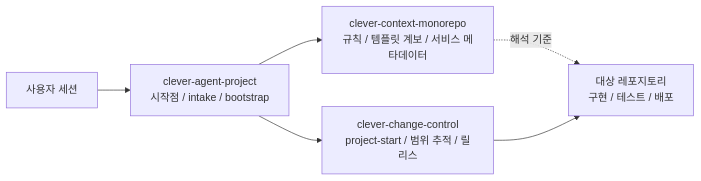
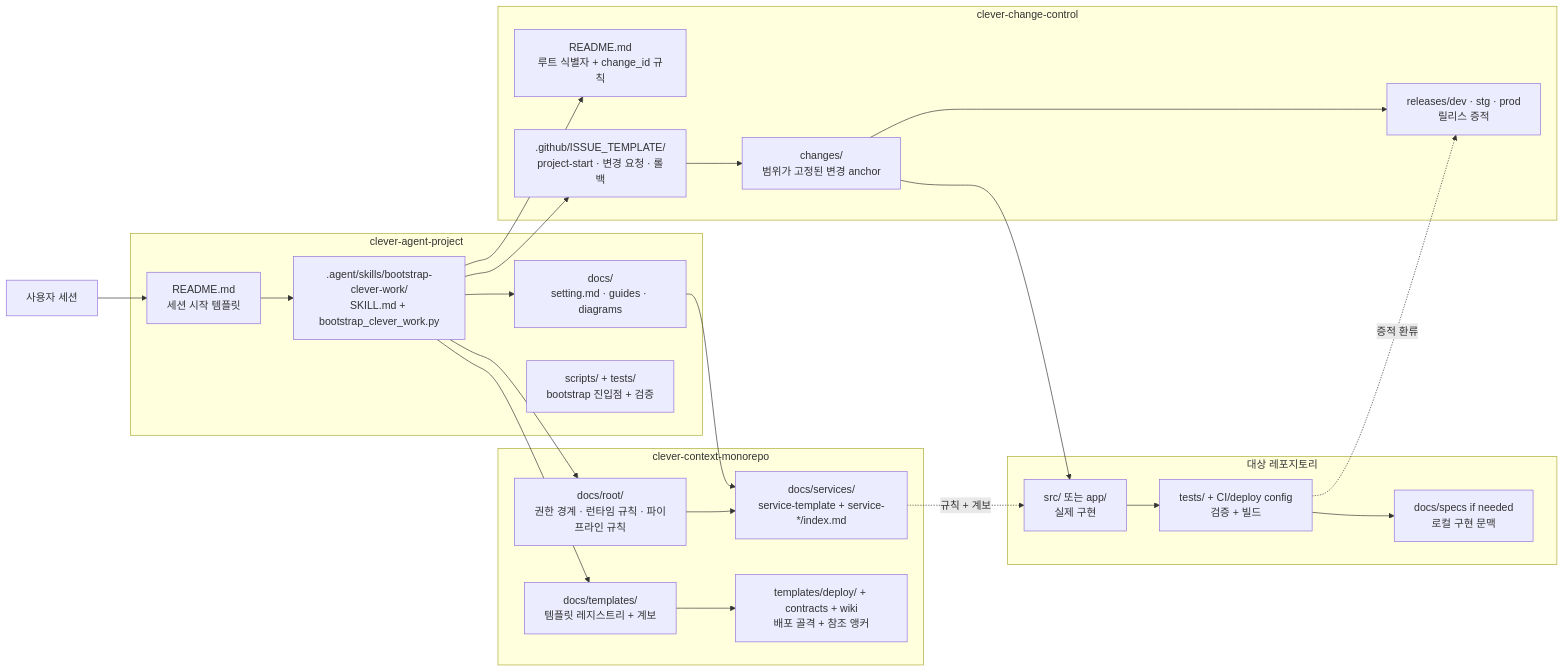
Before and after one commit to EVNSolution/clever-agent-project: the first of 3 diagrams in README.md, drawn with Mermaid. The commit also changed other lines of this file, not shown here.

Commit message:
README에 접기형 다이어그램 추가

````diff
--- a/README.md
+++ b/README.md
@@ -125,14 +128,49 @@
 ```mermaid
 flowchart LR
     user["사용자 세션"]
-    ap["clever-agent-project<br/>시작점 / intake / bootstrap"]
-    ctx["clever-context-monorepo<br/>규칙 / 템플릿 계보 / 서비스 메타데이터"]
-    cc["clever-change-control<br/>project-start / 범위 추적 / 릴리스"]
-    tr["대상 레포지토리<br/>구현 / 테스트 / 배포"]
 
-    user --> ap
-    ap --> ctx
-    ap --> cc
-    ctx -. 해석 기준 .-> tr
-    cc --> tr
+    subgraph AP["clever-agent-project"]
+        ap_readme["README.md<br/>세션 시작 템플릿"]
+        ap_skill[".agent/skills/bootstrap-clever-work/<br/>SKILL.md + bootstrap_clever_work.py"]
+        ap_docs["docs/<br/>setting.md · guides · diagrams"]
+        ap_runtime["scripts/ + tests/<br/>bootstrap 진입점 + 검증"]
+    end
+
+    subgraph CTX["clever-context-monorepo"]
+        ctx_root["docs/root/<br/>권한 경계 · 런타임 규칙 · 파이프라인 규칙"]
+        ctx_services["docs/services/<br/>service-template + service-*/index.md"]
+        ctx_templates["docs/templates/<br/>템플릿 레지스트리 + 계보"]
+        ctx_support["templates/deploy/ + contracts + wiki<br/>배포 골격 + 참조 앵커"]
+    end
+
+    subgraph CC["clever-change-control"]
+        cc_readme["README.md<br/>루트 식별자 + change_id 규칙"]
+        cc_issue[".github/ISSUE_TEMPLATE/<br/>project-start · 변경 요청 · 롤백"]
+        cc_changes["changes/<br/>범위가 고정된 변경 anchor"]
+        cc_releases["releases/dev · stg · prod<br/>릴리스 증적"]
+    end
+
+    subgraph TR["대상 레포지토리"]
+        tr_code["src/ 또는 app/<br/>실제 구현"]
+        tr_tests["tests/ + CI/deploy config<br/>검증 + 빌드"]
+        tr_docs["docs/specs if needed<br/>로컬 구현 문맥"]
+    end
+
+    user --> ap_readme
+    ap_readme --> ap_skill
+    ap_skill --> ap_docs
+    ap_skill --> ctx_root
+    ap_skill --> ctx_templates
+    ap_docs --> ctx_services
+    ctx_root --> ctx_services
+    ctx_templates --> ctx_support
+    ap_skill --> cc_readme
+    ap_skill --> cc_issue
+    cc_issue --> cc_changes
+    cc_changes --> cc_releases
+    ctx_services -. 규칙 + 계보 .-> tr_code
+    cc_changes --> tr_code
+    tr_code --> tr_tests
+    tr_tests --> tr_docs
+    tr_tests -. 증적 환류 .-> cc_releases
 ```
````
